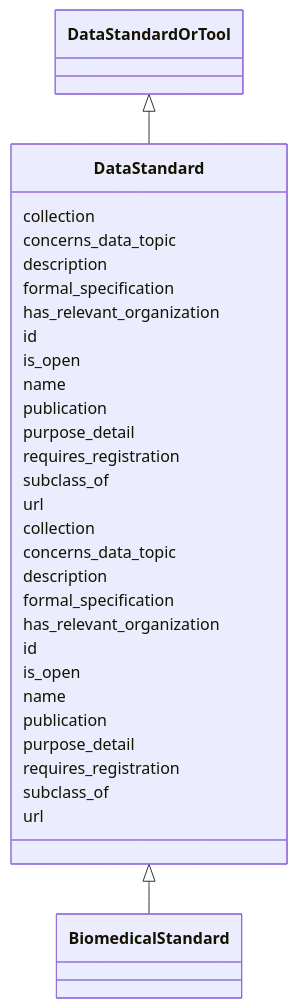
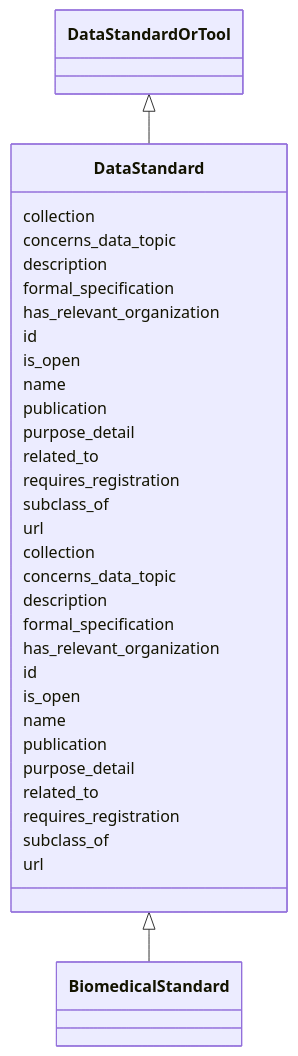
One commit to bridge2ai/standards-schemas changed the diagram in docs/DataStandard.md. Above: the diagram before and after it, drawn with Mermaid. The commit also changed other lines of this file and 65 other files, not shown here.

````diff
--- a/docs/DataStandard.md
+++ b/docs/DataStandard.md
@@ -11,37 +11,39 @@
 ```mermaid
  classDiagram
     class DataStandard
       DataStandardOrTool <|-- DataStandard
       
       DataStandard : collection
       DataStandard : concerns_data_topic
       DataStandard : description
       DataStandard : formal_specification
       DataStandard : has_relevant_organization
       DataStandard : id
       DataStandard : is_open
       DataStandard : name
       DataStandard : publication
       DataStandard : purpose_detail
+      DataStandard : related_to
       DataStandard : requires_registration
       DataStandard : subclass_of
       DataStandard : url
       
 
       DataStandard <|-- BiomedicalStandard
       
       DataStandard : collection
       DataStandard : concerns_data_topic
       DataStandard : description
       DataStandard : formal_specification
       DataStandard : has_relevant_organization
       DataStandard : id
       DataStandard : is_open
       DataStandard : name
       DataStandard : publication
       DataStandard : purpose_detail
+      DataStandard : related_to
       DataStandard : requires_registration
       DataStandard : subclass_of
       DataStandard : url
       
 ```
````
